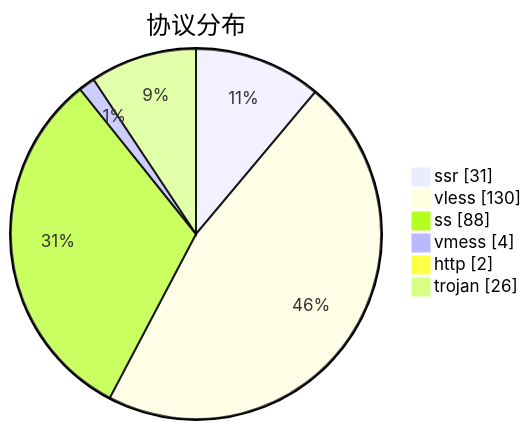
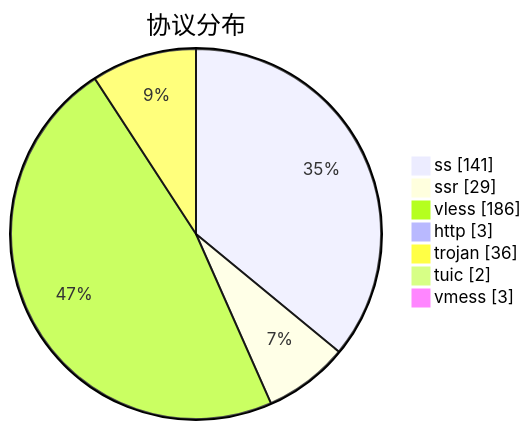
One commit to qjlxg/airport changed the third of 3 diagrams in subs/statistics/tested_within.md. Above: the diagram before and after it, drawn with Mermaid. The commit also changed other lines of this file and 2 other files, not shown here.

````diff
--- a/subs/statistics/tested_within.md
+++ b/subs/statistics/tested_within.md
@@ -34,10 +35,11 @@
 ```mermaid
 pie showData
 title 协议分布
-"ssr" : 31
-"vless" : 130
-"ss" : 88
-"vmess" : 4
-"http" : 2
-"trojan" : 26
+"ss" : 141
+"ssr" : 29
+"vless" : 186
+"http" : 3
+"trojan" : 36
+"tuic" : 2
+"vmess" : 3
 ```
````
